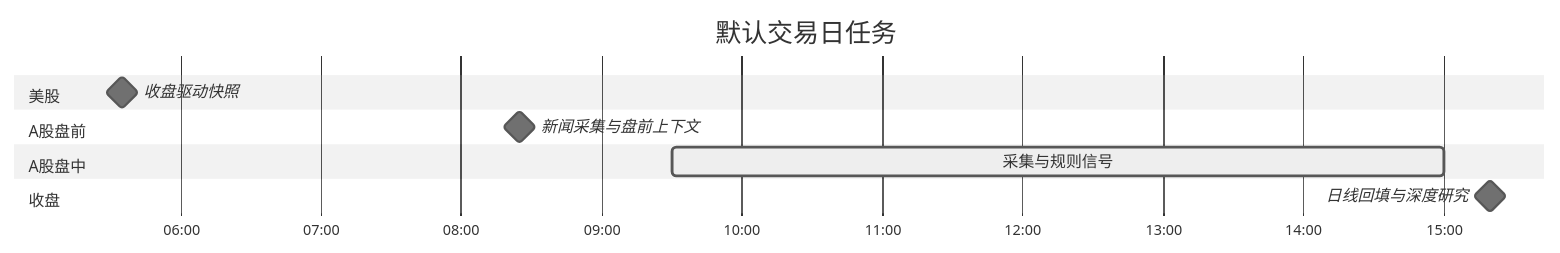
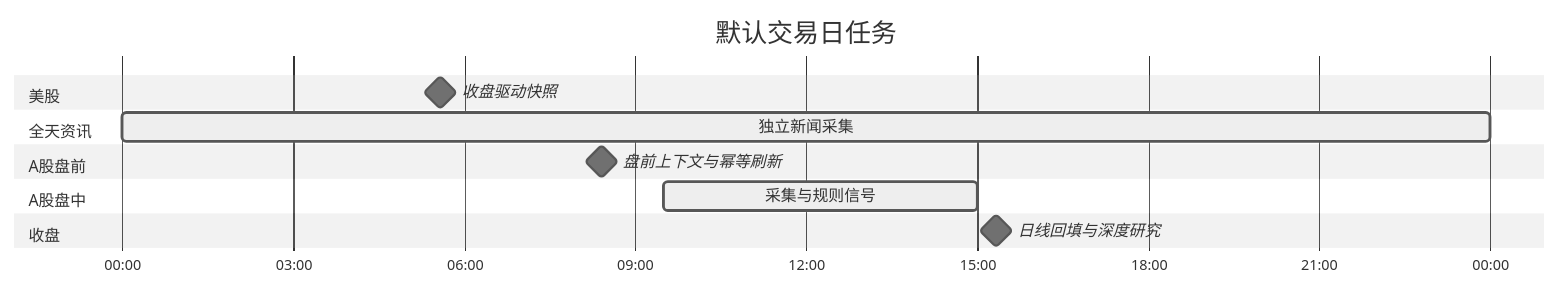
The second of 3 diagrams in README.md (gaaiyun/TradingWorkbench), drawn with Mermaid (neutral theme) before and after one commit. The commit also changed other lines of this file and 14 other files, not shown here.

````diff
--- a/README.md
+++ b/README.md
@@ -124,14 +124,16 @@
 ```mermaid
 gantt
     title 默认交易日任务
     dateFormat HH:mm
     axisFormat %H:%M
     section 美股
     收盘驱动快照 :milestone, us, 05:35, 0m
+    section 全天资讯
+    独立新闻采集 :active, news, 00:00, 24h
     section A股盘前
-    新闻采集与盘前上下文 :milestone, pre, 08:25, 0m
+    盘前上下文与幂等刷新 :milestone, pre, 08:25, 0m
     section A股盘中
     采集与规则信号 :active, cn, 09:30, 330m
     section 收盘
     日线回填与深度研究 :milestone, close, 15:20, 0m
 ```
````
